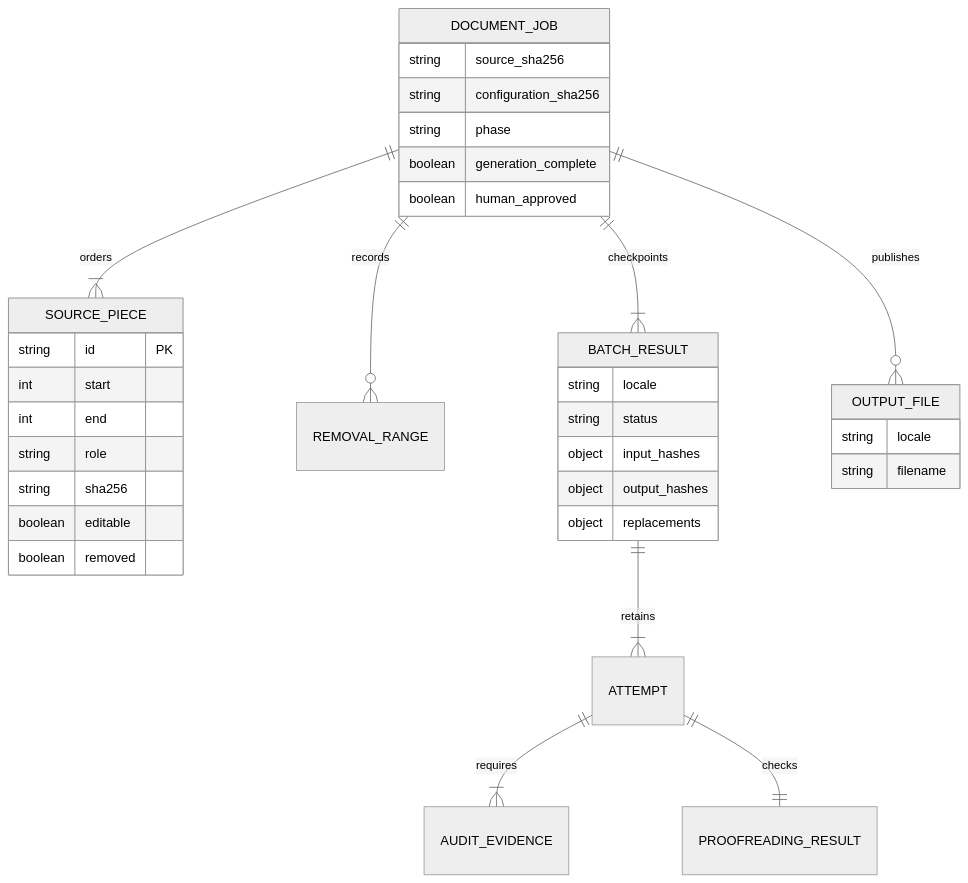
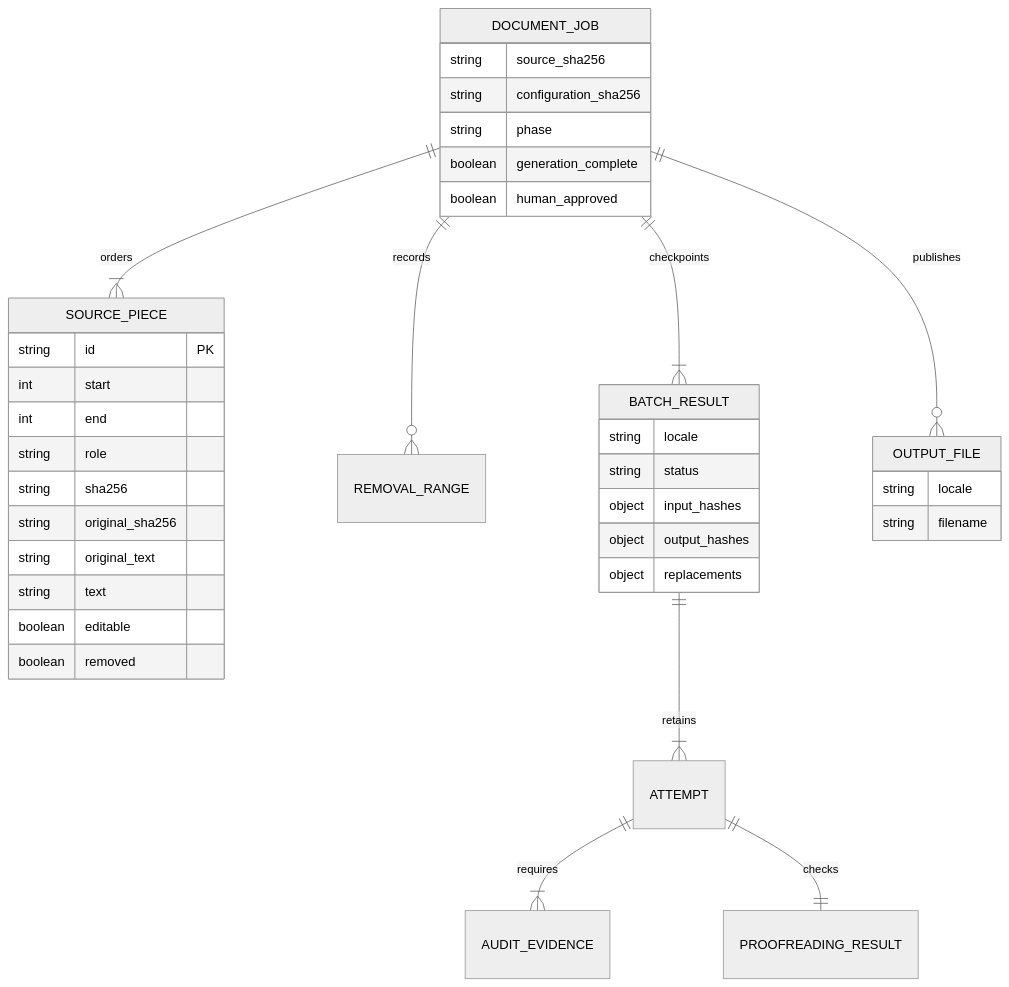
Before and after one commit to Nain9Dev/NainWrite: the second of 2 diagrams in docs/04-data-model.md, drawn with Mermaid (neutral theme). The commit also changed other lines of this file and 17 other files, not shown here.

````diff
--- a/docs/04-data-model.md
+++ b/docs/04-data-model.md
@@ -87,37 +87,40 @@
 ```mermaid
 erDiagram
     DOCUMENT_JOB ||--|{ SOURCE_PIECE : orders
     DOCUMENT_JOB ||--o{ REMOVAL_RANGE : records
     DOCUMENT_JOB ||--|{ BATCH_RESULT : checkpoints
     BATCH_RESULT ||--|{ ATTEMPT : retains
     ATTEMPT ||--|{ AUDIT_EVIDENCE : requires
     ATTEMPT ||--|| PROOFREADING_RESULT : checks
     DOCUMENT_JOB ||--o{ OUTPUT_FILE : publishes
     DOCUMENT_JOB {
         string source_sha256
         string configuration_sha256
         string phase
         boolean generation_complete
         boolean human_approved
     }
     SOURCE_PIECE {
         string id PK
         int start
         int end
         string role
         string sha256
+        string original_sha256
+        string original_text
+        string text
         boolean editable
         boolean removed
     }
     BATCH_RESULT {
         string locale
         string status
         object input_hashes
         object output_hashes
         object replacements
     }
     OUTPUT_FILE {
         string locale
         string filename
     }
 ```
````
